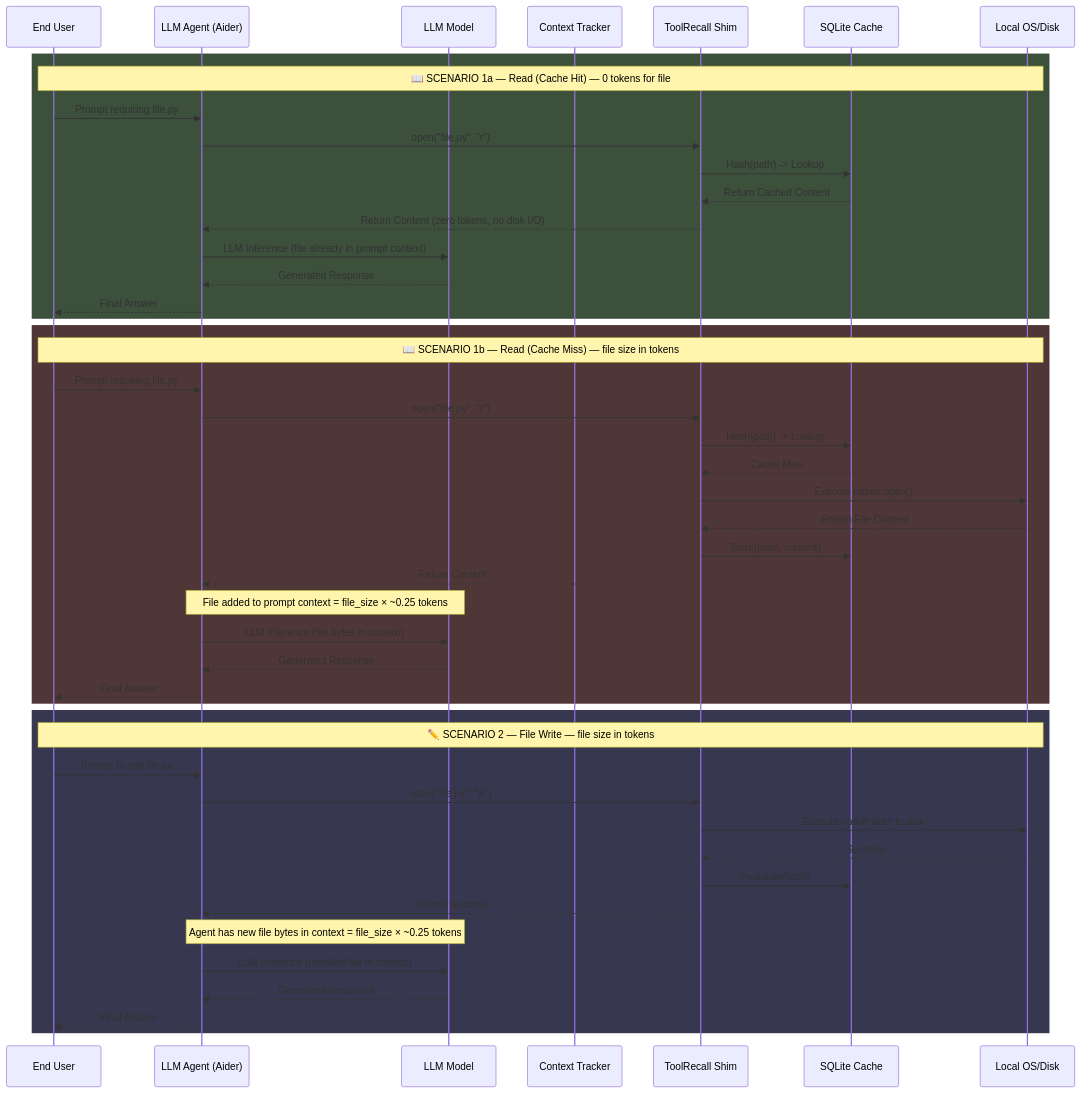
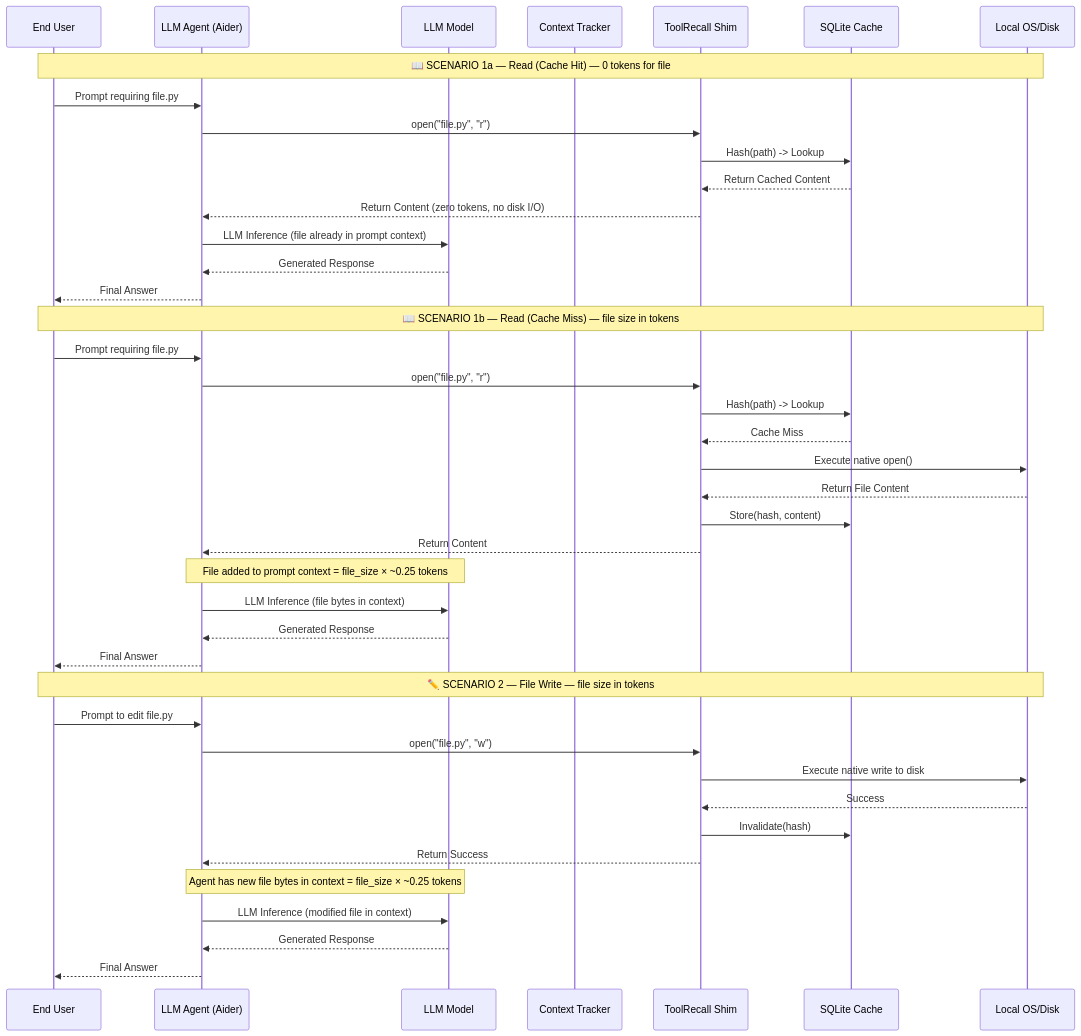
One commit to whiskybeer/toolrecall changed the second of 2 diagrams in docs/ARCHITECTURE_DIAGRAM.md. Above: the diagram before and after it, drawn with Mermaid.

Commit message:
fix: remove colored rects from sequence diagram for theme-auto backgrounds

````diff
--- a/docs/ARCHITECTURE_DIAGRAM.md
+++ b/docs/ARCHITECTURE_DIAGRAM.md
@@ -56,52 +56,46 @@
 ```mermaid
 sequenceDiagram
     participant User as End User
     participant Agent as LLM Agent (Aider)
     participant Model as LLM Model
     participant CT as Context Tracker
     participant Shim as ToolRecall Shim
     participant SQLite as SQLite Cache
     participant OS as Local OS/Disk
 
-    rect rgb(60, 80, 60)
     Note over User, OS: 📖 SCENARIO 1a — Read (Cache Hit) — 0 tokens for file
     User->>Agent: Prompt requiring file.py
     Agent->>Shim: open("file.py", "r")
     Shim->>SQLite: Hash(path) -> Lookup
     SQLite-->>Shim: Return Cached Content
     Shim-->>Agent: Return Content (zero tokens, no disk I/O)
     Agent->>Model: LLM Inference (file already in prompt context)
     Model-->>Agent: Generated Response
     Agent-->>User: Final Answer
-    end
 
-    rect rgb(80, 55, 55)
     Note over User, OS: 📖 SCENARIO 1b — Read (Cache Miss) — file size in tokens
     User->>Agent: Prompt requiring file.py
     Agent->>Shim: open("file.py", "r")
     Shim->>SQLite: Hash(path) -> Lookup
     SQLite-->>Shim: Cache Miss
     Shim->>OS: Execute native open()
     OS-->>Shim: Return File Content
     Shim->>SQLite: Store(hash, content)
     Shim-->>Agent: Return Content
     Note over Agent, Model: File added to prompt context = file_size × ~0.25 tokens
     Agent->>Model: LLM Inference (file bytes in context)
     Model-->>Agent: Generated Response
     Agent-->>User: Final Answer
-    end
 
-    rect rgb(55, 55, 80)
     Note over User, OS: ✏️ SCENARIO 2 — File Write — file size in tokens
     User->>Agent: Prompt to edit file.py
     Agent->>Shim: open("file.py", "w")
     Shim->>OS: Execute native write to disk
     OS-->>Shim: Success
     Shim->>SQLite: Invalidate(hash)
     Shim-->>Agent: Return Success
     Note over Agent, Model: Agent has new file bytes in context = file_size × ~0.25 tokens
     Agent->>Model: LLM Inference (modified file in context)
     Model-->>Agent: Generated Response
     Agent-->>User: Final Answer
-    end
 ```
````
